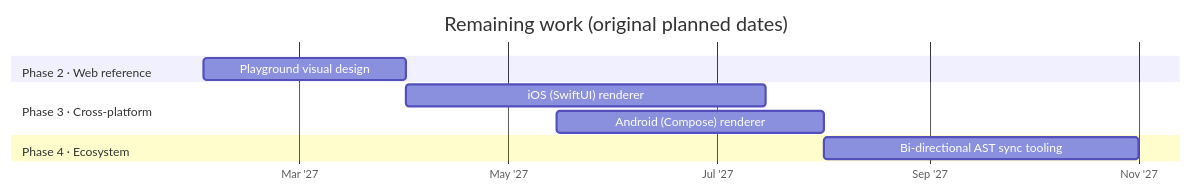
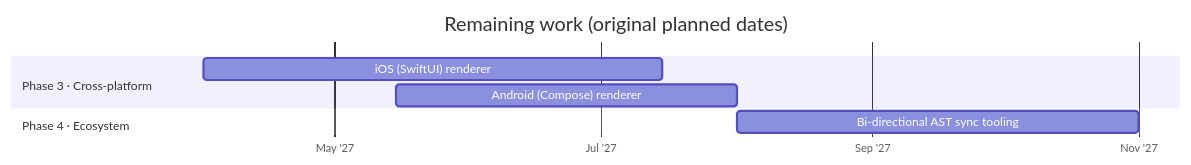
One commit to jdsouza1/omni-ir changed the diagram in docs/ROADMAP.md. Above: the diagram before and after it, drawn with Mermaid. The commit also changed other lines of this file and 3 other files, not shown here.

Commit message:
docs: playground design approved; Phase 2 complete

````diff
--- a/docs/ROADMAP.md
+++ b/docs/ROADMAP.md
@@ -22,19 +22,16 @@
 ```mermaid
 %%{init: {"gantt": {"leftPadding": 175}}}%%
 gantt
     title Remaining work (original planned dates)
     dateFormat YYYY-MM-DD
     axisFormat %b '%y
     tickInterval 2month
     todayMarker off
 
-    section Phase 2 · Web reference
-    Playground visual design :p3, 2027-02-01, 2027-04-01
-
     section Phase 3 · Cross-platform
     iOS (SwiftUI) renderer :p4, 2027-04-01, 2027-07-15
     Android (Compose) renderer :p5, 2027-05-15, 2027-08-01
 
     section Phase 4 · Ecosystem
     Bi-directional AST sync tooling :p6, 2027-08-01, 2027-11-01
 ```
````
